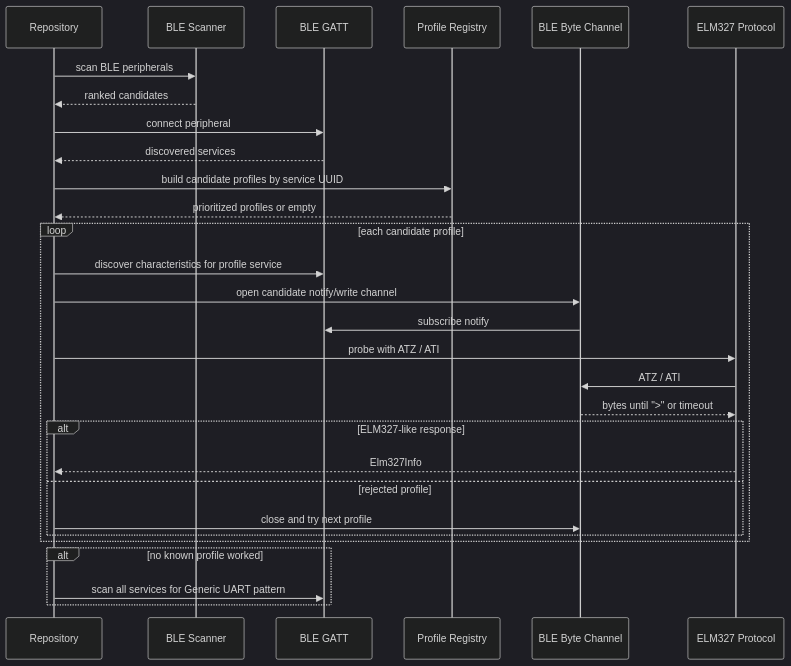
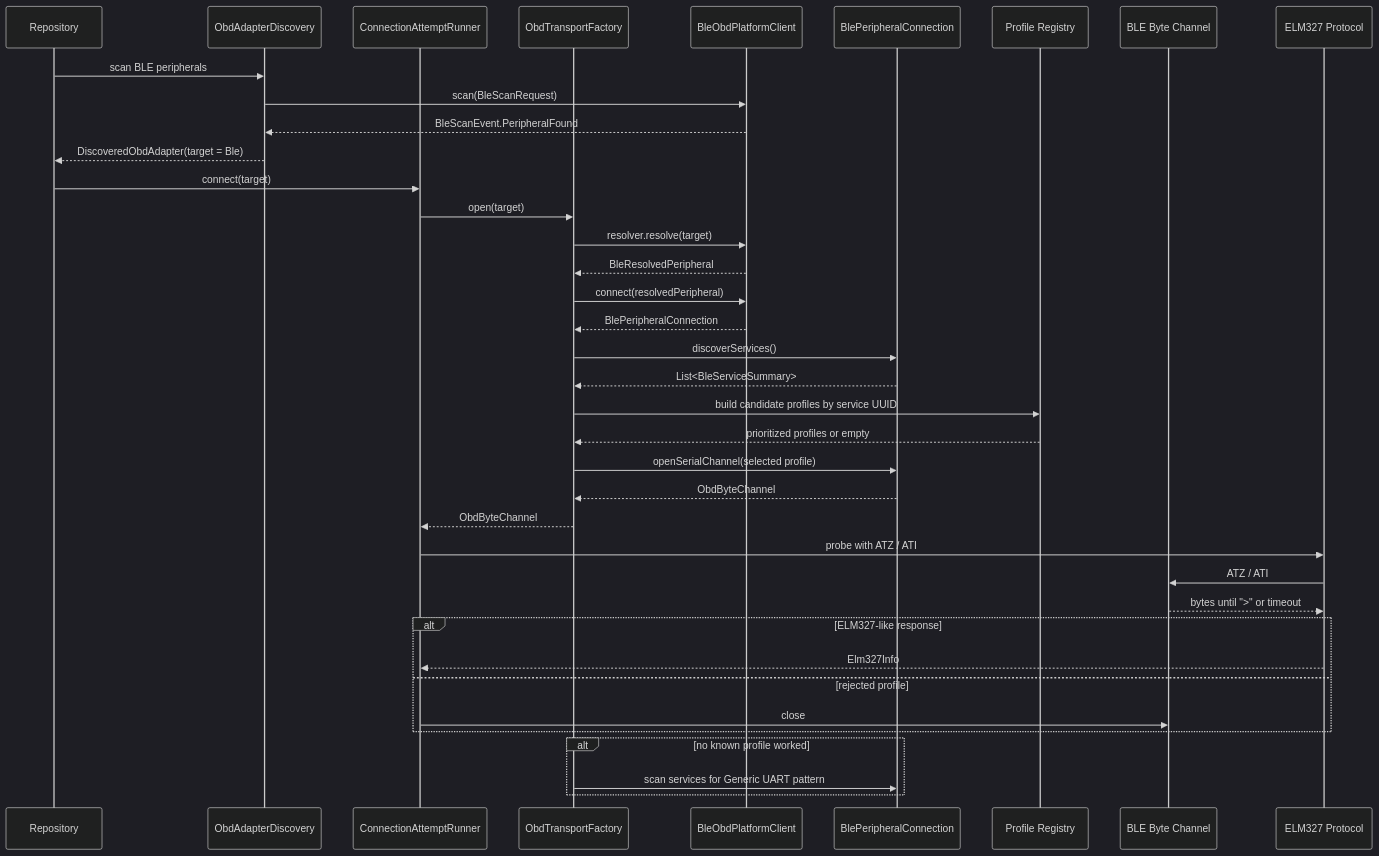
One commit to Maryino-District/CI changed the second of 4 diagrams in ai/CARINSPECTOR_OBD_CONNECTION_ARCHITECTURE.md. Above: the diagram before and after it, drawn with Mermaid (dark theme). The commit also changed other lines of this file and 36 other files, not shown here.

````diff
--- a/ai/CARINSPECTOR_OBD_CONNECTION_ARCHITECTURE.md
+++ b/ai/CARINSPECTOR_OBD_CONNECTION_ARCHITECTURE.md
@@ -1114,32 +1309,41 @@
 ```mermaid
 sequenceDiagram
     participant Repo as Repository
-    participant Scanner as BLE Scanner
-    participant Gatt as BLE GATT
+    participant Discovery as ObdAdapterDiscovery
+    participant Runner as ConnectionAttemptRunner
+    participant Factory as ObdTransportFactory
+    participant Ble as BleObdPlatformClient
+    participant Conn as BlePeripheralConnection
     participant Registry as Profile Registry
     participant Channel as BLE Byte Channel
     participant Elm as ELM327 Protocol
 
-    Repo->>Scanner: scan BLE peripherals
-    Scanner-->>Repo: ranked candidates
-    Repo->>Gatt: connect peripheral
-    Gatt-->>Repo: discovered services
-    Repo->>Registry: build candidate profiles by service UUID
-    Registry-->>Repo: prioritized profiles or empty
-    loop each candidate profile
-        Repo->>Gatt: discover characteristics for profile service
-        Repo->>Channel: open candidate notify/write channel
-        Channel->>Gatt: subscribe notify
-        Repo->>Elm: probe with ATZ / ATI
-        Elm->>Channel: ATZ / ATI
-        Channel-->>Elm: bytes until ">" or timeout
-        alt ELM327-like response
-            Elm-->>Repo: Elm327Info
-        else rejected profile
-            Repo->>Channel: close and try next profile
-        end
+    Repo->>Discovery: scan BLE peripherals
+    Discovery->>Ble: scan(BleScanRequest)
+    Ble-->>Discovery: BleScanEvent.PeripheralFound
+    Discovery-->>Repo: DiscoveredObdAdapter(target = Ble)
+    Repo->>Runner: connect(target)
+    Runner->>Factory: open(target)
+    Factory->>Ble: resolver.resolve(target)
+    Ble-->>Factory: BleResolvedPeripheral
+    Factory->>Ble: connect(resolvedPeripheral)
+    Ble-->>Factory: BlePeripheralConnection
+    Factory->>Conn: discoverServices()
+    Conn-->>Factory: List<BleServiceSummary>
+    Factory->>Registry: build candidate profiles by service UUID
+    Registry-->>Factory: prioritized profiles or empty
+    Factory->>Conn: openSerialChannel(selected profile)
+    Conn-->>Factory: ObdByteChannel
+    Factory-->>Runner: ObdByteChannel
+    Runner->>Elm: probe with ATZ / ATI
+    Elm->>Channel: ATZ / ATI
+    Channel-->>Elm: bytes until ">" or timeout
+    alt ELM327-like response
+        Elm-->>Runner: Elm327Info
+    else rejected profile
+        Runner->>Channel: close
     end
     alt no known profile worked
-        Repo->>Gatt: scan all services for Generic UART pattern
+        Factory->>Conn: scan services for Generic UART pattern
     end
 ```
````
